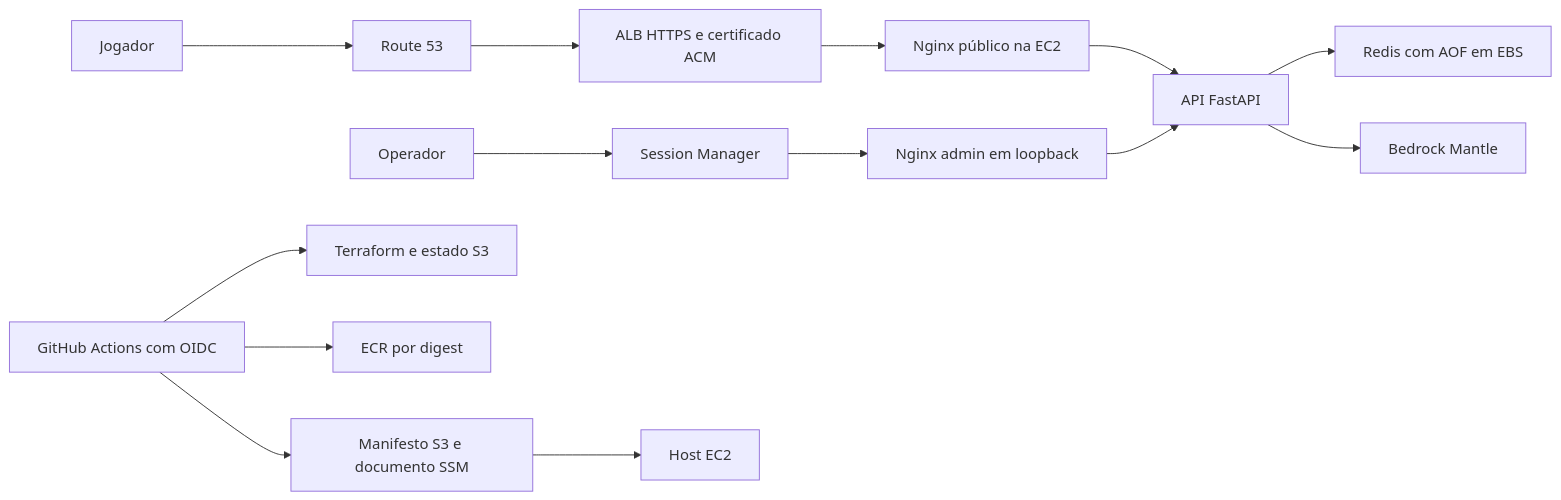
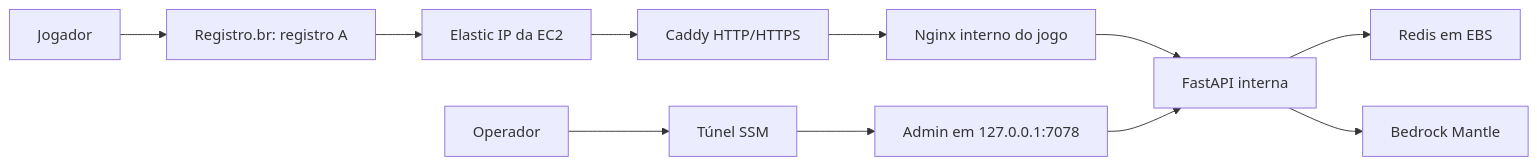
One commit to Gusreis7/MemoriasLicantropicasGame changed the diagram in docs/solucao_aws.md. Above: the diagram before and after it, drawn with Mermaid. The commit also changed other lines of this file and 23 other files, not shown here.

Commit message:
infra: publish through Elastic IP and persistent Caddy HTTPS

````diff
--- a/docs/solucao_aws.md
+++ b/docs/solucao_aws.md
@@ -7,16 +5,13 @@
 ```mermaid
 flowchart LR
-    Jogador --> DNS[Route 53]
-    DNS --> ALB[ALB HTTPS e certificado ACM]
-    ALB --> Web[Nginx público na EC2]
-    Web --> API[API FastAPI]
-    API --> Redis[Redis com AOF em EBS]
+    Jogador --> DNS[Registro.br: registro A]
+    DNS --> EIP[Elastic IP da EC2]
+    EIP --> Caddy[Caddy HTTP/HTTPS]
+    Caddy --> Web[Nginx interno do jogo]
+    Web --> API[FastAPI interna]
+    API --> Redis[Redis em EBS]
     API --> Mantle[Bedrock Mantle]
-    Operador --> SSM[Session Manager]
-    SSM --> Admin[Nginx admin em loopback]
+    Operador --> SSM[Túnel SSM]
+    SSM --> Admin[Admin em 127.0.0.1:7078]
     Admin --> API
-    GitHub[GitHub Actions com OIDC] --> Terraform[Terraform e estado S3]
-    GitHub --> ECR[ECR por digest]
-    GitHub --> Entrega[Manifesto S3 e documento SSM]
-    Entrega --> EC2[Host EC2]
 ```
````
